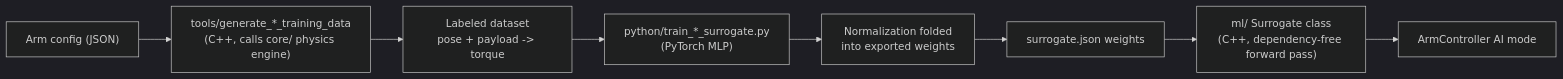
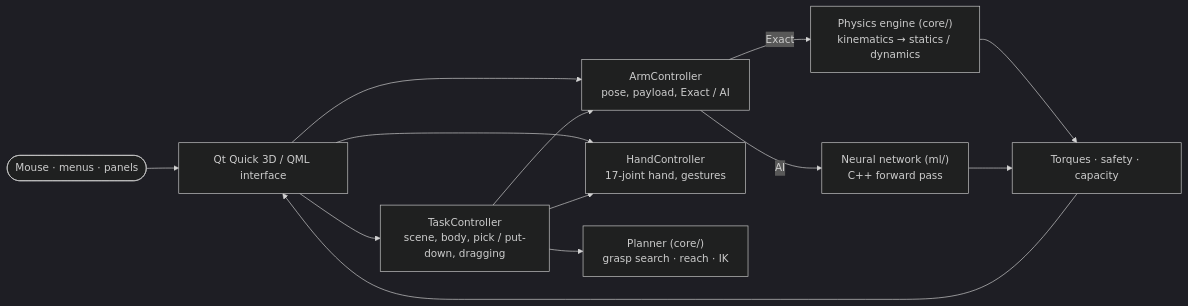
Before and after one commit to HSley13/robot-arm-analyzer: the second of 2 diagrams in README.md, drawn with Mermaid (dark theme). The commit also changed other lines of this file and 9 other files, not shown here.

````diff
--- a/README.md
+++ b/README.md
@@ -92,10 +137,15 @@
 ```mermaid
 flowchart LR
-    ARM["Arm config (JSON)"] --> GEN["tools/generate_*_training_data<br/>(C++, calls core/ physics engine)"]
-    GEN --> DATA["Labeled dataset<br/>pose + payload -> torque"]
-    DATA --> TRAIN["python/train_*_surrogate.py<br/>(PyTorch MLP)"]
-    TRAIN --> NORM["Normalization folded<br/>into exported weights"]
-    NORM --> WEIGHTS["surrogate.json weights"]
-    WEIGHTS --> INFER["ml/ Surrogate class<br/>(C++, dependency-free forward pass)"]
-    INFER --> APP["ArmController AI mode"]
+    U(["Mouse · menus · panels"]) --> UI["Qt Quick 3D / QML interface"]
+    UI --> TC["TaskController<br/>scene, body, pick / put-down, dragging"]
+    UI --> AC["ArmController<br/>pose, payload, Exact / AI"]
+    UI --> HC["HandController<br/>17-joint hand, gestures"]
+    TC --> PLAN["Planner (core/)<br/>grasp search · reach · IK"]
+    TC --> AC
+    TC --> HC
+    AC -->|Exact| PHYS["Physics engine (core/)<br/>kinematics → statics / dynamics"]
+    AC -->|AI| NN["Neural network (ml/)<br/>C++ forward pass"]
+    PHYS --> RES["Torques · safety · capacity"]
+    NN --> RES
+    RES --> UI
 ```
````
